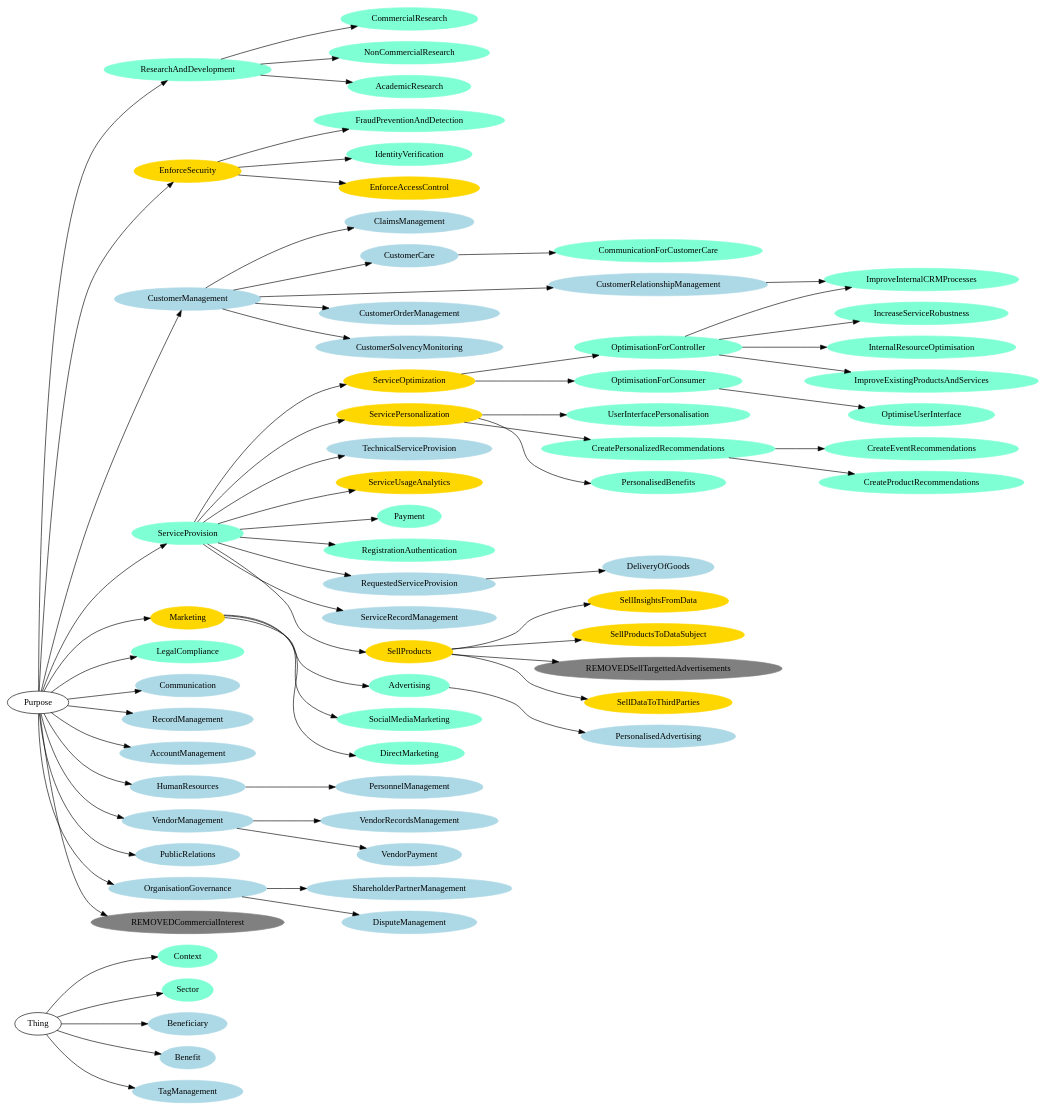
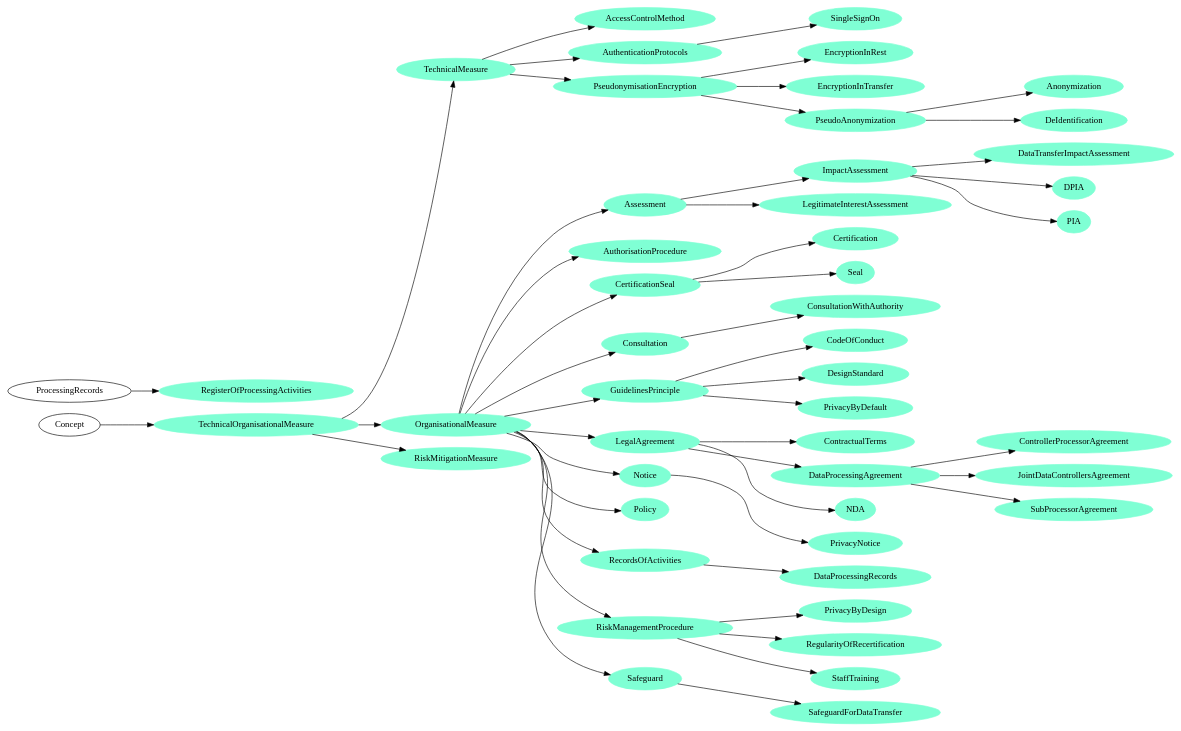
The diagram in dpv-purpose-diagram/graph.dot (coolharsh55/dpv-x), drawn with Graphviz before and after one commit. The commit also changed 54 other files, not shown here.

```diff
--- a/dpv-purpose-diagram/graph.dot
+++ b/dpv-purpose-diagram/graph.dot
@@ -1,134 +1,97 @@
-digraph G { rankdir = LR ;Context [color=aquamarine, style=filled] ;
-Sector [color=aquamarine, style=filled] ;
-Beneficiary [color=lightblue, style=filled] ;
-Benefit [color=lightblue, style=filled] ;
-AcademicResearch [color=aquamarine, style=filled] ;
-EnforceAccessControl [color=gold, style=filled] ;
-CommercialResearch [color=aquamarine, style=filled] ;
-CreateProductRecommendations [color=aquamarine, style=filled] ;
-CustomerCare [color=lightblue, style=filled] ;
-DeliveryOfGoods [color=lightblue, style=filled] ;
-FraudPreventionAndDetection [color=aquamarine, style=filled] ;
-IdentityVerification [color=aquamarine, style=filled] ;
-ImproveExistingProductsAndServices [color=aquamarine, style=filled] ;
-ImproveInternalCRMProcesses [color=aquamarine, style=filled] ;
-IncreaseServiceRobustness [color=aquamarine, style=filled] ;
-InternalResourceOptimisation [color=aquamarine, style=filled] ;
-NonCommercialResearch [color=aquamarine, style=filled] ;
-OptimisationForConsumer [color=aquamarine, style=filled] ;
-OptimisationForController [color=aquamarine, style=filled] ;
-OptimiseUserInterface [color=aquamarine, style=filled] ;
-PersonalisedBenefits [color=aquamarine, style=filled] ;
-RequestedServiceProvision [color=lightblue, style=filled] ;
-ServiceRecordManagement [color=lightblue, style=filled] ;
-ResearchAndDevelopment [color=aquamarine, style=filled] ;
-EnforceSecurity [color=gold, style=filled] ;
-SellProducts [color=gold, style=filled] ;
-SellDataToThirdParties [color=gold, style=filled] ;
-SellInsightsFromData [color=gold, style=filled] ;
-SellProductsToDataSubject [color=gold, style=filled] ;
-ServiceOptimization [color=gold, style=filled] ;
-ServicePersonalization [color=gold, style=filled] ;
-TechnicalServiceProvision [color=lightblue, style=filled] ;
-CreatePersonalizedRecommendations [color=aquamarine, style=filled] ;
-CreateEventRecommendations [color=aquamarine, style=filled] ;
-ServiceProvision [color=aquamarine, style=filled] ;
-UserInterfacePersonalisation [color=aquamarine, style=filled] ;
-Marketing [color=gold, style=filled] ;
-DirectMarketing [color=aquamarine, style=filled] ;
-Advertising [color=aquamarine, style=filled] ;
-PersonalisedAdvertising [color=lightblue, style=filled] ;
-ServiceUsageAnalytics [color=gold, style=filled] ;
-CommunicationForCustomerCare [color=aquamarine, style=filled] ;
-LegalCompliance [color=aquamarine, style=filled] ;
-Payment [color=aquamarine, style=filled] ;
-SocialMediaMarketing [color=aquamarine, style=filled] ;
-RegistrationAuthentication [color=aquamarine, style=filled] ;
-CustomerManagement [color=lightblue, style=filled] ;
-CustomerRelationshipManagement [color=lightblue, style=filled] ;
-Communication [color=lightblue, style=filled] ;
-RecordManagement [color=lightblue, style=filled] ;
-AccountManagement [color=lightblue, style=filled] ;
-HumanResources [color=lightblue, style=filled] ;
-PersonnelManagement [color=lightblue, style=filled] ;
-CustomerOrderManagement [color=lightblue, style=filled] ;
-CustomerSolvencyMonitoring [color=lightblue, style=filled] ;
-ClaimsManagement [color=lightblue, style=filled] ;
-VendorManagement [color=lightblue, style=filled] ;
-VendorRecordsManagement [color=lightblue, style=filled] ;
-VendorPayment [color=lightblue, style=filled] ;
-PublicRelations [color=lightblue, style=filled] ;
-OrganisationGovernance [color=lightblue, style=filled] ;
-ShareholderPartnerManagement [color=lightblue, style=filled] ;
-DisputeManagement [color=lightblue, style=filled] ;
-TagManagement [color=lightblue, style=filled] ;
-REMOVEDSellTargettedAdvertisements [color=gray, style=filled] ;
-REMOVEDCommercialInterest [color=gray, style=filled] ;
-"Thing" -> "Context" ;
-"Thing" -> "Sector" ;
-"Thing" -> "Beneficiary" ;
-"Thing" -> "Benefit" ;
-"ResearchAndDevelopment" -> "AcademicResearch" ;
-"EnforceSecurity" -> "EnforceAccessControl" ;
-"ResearchAndDevelopment" -> "CommercialResearch" ;
-"CreatePersonalizedRecommendations" -> "CreateProductRecommendations" ;
-"CustomerManagement" -> "CustomerCare" ;
-"RequestedServiceProvision" -> "DeliveryOfGoods" ;
-"EnforceSecurity" -> "FraudPreventionAndDetection" ;
-"EnforceSecurity" -> "IdentityVerification" ;
-"OptimisationForController" -> "ImproveExistingProductsAndServices" ;
-"OptimisationForController" -> "ImproveInternalCRMProcesses" ;
-"CustomerRelationshipManagement" -> "ImproveInternalCRMProcesses" ;
-"OptimisationForController" -> "IncreaseServiceRobustness" ;
-"OptimisationForController" -> "InternalResourceOptimisation" ;
-"ResearchAndDevelopment" -> "NonCommercialResearch" ;
-"ServiceOptimization" -> "OptimisationForConsumer" ;
-"ServiceOptimization" -> "OptimisationForController" ;
-"OptimisationForConsumer" -> "OptimiseUserInterface" ;
-"ServicePersonalization" -> "PersonalisedBenefits" ;
-"ServiceProvision" -> "RequestedServiceProvision" ;
-"ServiceProvision" -> "ServiceRecordManagement" ;
-"Purpose" -> "ResearchAndDevelopment" ;
-"Purpose" -> "EnforceSecurity" ;
-"ServiceProvision" -> "SellProducts" ;
-"SellProducts" -> "SellDataToThirdParties" ;
-"SellProducts" -> "SellInsightsFromData" ;
-"SellProducts" -> "SellProductsToDataSubject" ;
-"ServiceProvision" -> "ServiceOptimization" ;
-"ServiceProvision" -> "ServicePersonalization" ;
-"ServiceProvision" -> "TechnicalServiceProvision" ;
-"ServicePersonalization" -> "CreatePersonalizedRecommendations" ;
-"CreatePersonalizedRecommendations" -> "CreateEventRecommendations" ;
-"Purpose" -> "ServiceProvision" ;
-"ServicePersonalization" -> "UserInterfacePersonalisation" ;
-"Purpose" -> "Marketing" ;
-"Marketing" -> "DirectMarketing" ;
-"Marketing" -> "Advertising" ;
-"Advertising" -> "PersonalisedAdvertising" ;
-"ServiceProvision" -> "ServiceUsageAnalytics" ;
-"CustomerCare" -> "CommunicationForCustomerCare" ;
-"Purpose" -> "LegalCompliance" ;
-"ServiceProvision" -> "Payment" ;
-"Marketing" -> "SocialMediaMarketing" ;
-"ServiceProvision" -> "RegistrationAuthentication" ;
-"Purpose" -> "CustomerManagement" ;
-"CustomerManagement" -> "CustomerRelationshipManagement" ;
-"Purpose" -> "Communication" ;
-"Purpose" -> "RecordManagement" ;
-"Purpose" -> "AccountManagement" ;
-"Purpose" -> "HumanResources" ;
-"HumanResources" -> "PersonnelManagement" ;
-"CustomerManagement" -> "CustomerOrderManagement" ;
-"CustomerManagement" -> "CustomerSolvencyMonitoring" ;
-"CustomerManagement" -> "ClaimsManagement" ;
-"Purpose" -> "VendorManagement" ;
-"VendorManagement" -> "VendorRecordsManagement" ;
-"VendorManagement" -> "VendorPayment" ;
-"Purpose" -> "PublicRelations" ;
-"Purpose" -> "OrganisationGovernance" ;
-"OrganisationGovernance" -> "ShareholderPartnerManagement" ;
-"OrganisationGovernance" -> "DisputeManagement" ;
-"Thing" -> "TagManagement" ;
-"SellProducts" -> "REMOVEDSellTargettedAdvertisements" ;
-"Purpose" -> "REMOVEDCommercialInterest" ;
+digraph G { rankdir = LR ;TechnicalOrganisationalMeasure [color=aquamarine, style=filled] ;
+TechnicalMeasure [color=aquamarine, style=filled] ;
+OrganisationalMeasure [color=aquamarine, style=filled] ;
+AccessControlMethod [color=aquamarine, style=filled] ;
+Anonymization [color=aquamarine, style=filled] ;
+Assessment [color=aquamarine, style=filled] ;
+AuthenticationProtocols [color=aquamarine, style=filled] ;
+AuthorisationProcedure [color=aquamarine, style=filled] ;
+Certification [color=aquamarine, style=filled] ;
+CertificationSeal [color=aquamarine, style=filled] ;
+CodeOfConduct [color=aquamarine, style=filled] ;
+Consultation [color=aquamarine, style=filled] ;
+ConsultationWithAuthority [color=aquamarine, style=filled] ;
+ContractualTerms [color=aquamarine, style=filled] ;
+ControllerProcessorAgreement [color=aquamarine, style=filled] ;
+DataProcessingAgreement [color=aquamarine, style=filled] ;
+DataProcessingRecords [color=aquamarine, style=filled] ;
+DataTransferImpactAssessment [color=aquamarine, style=filled] ;
+DeIdentification [color=aquamarine, style=filled] ;
+DesignStandard [color=aquamarine, style=filled] ;
+DPIA [color=aquamarine, style=filled] ;
+EncryptionInRest [color=aquamarine, style=filled] ;
+EncryptionInTransfer [color=aquamarine, style=filled] ;
+GuidelinesPrinciple [color=aquamarine, style=filled] ;
+ImpactAssessment [color=aquamarine, style=filled] ;
+JointDataControllersAgreement [color=aquamarine, style=filled] ;
+LegalAgreement [color=aquamarine, style=filled] ;
+LegitimateInterestAssessment [color=aquamarine, style=filled] ;
+NDA [color=aquamarine, style=filled] ;
+Notice [color=aquamarine, style=filled] ;
+PIA [color=aquamarine, style=filled] ;
+Policy [color=aquamarine, style=filled] ;
+PrivacyByDefault [color=aquamarine, style=filled] ;
+PrivacyByDesign [color=aquamarine, style=filled] ;
+PrivacyNotice [color=aquamarine, style=filled] ;
+PseudoAnonymization [color=aquamarine, style=filled] ;
+PseudonymisationEncryption [color=aquamarine, style=filled] ;
+RecordsOfActivities [color=aquamarine, style=filled] ;
+RegisterOfProcessingActivities [color=aquamarine, style=filled] ;
+RegularityOfRecertification [color=aquamarine, style=filled] ;
+RiskManagementProcedure [color=aquamarine, style=filled] ;
+RiskMitigationMeasure [color=aquamarine, style=filled] ;
+Safeguard [color=aquamarine, style=filled] ;
+SafeguardForDataTransfer [color=aquamarine, style=filled] ;
+Seal [color=aquamarine, style=filled] ;
+SingleSignOn [color=aquamarine, style=filled] ;
+StaffTraining [color=aquamarine, style=filled] ;
+SubProcessorAgreement [color=aquamarine, style=filled] ;
+"Concept" -> "TechnicalOrganisationalMeasure" ;
+"TechnicalOrganisationalMeasure" -> "TechnicalMeasure" ;
+"TechnicalOrganisationalMeasure" -> "OrganisationalMeasure" ;
+"TechnicalMeasure" -> "AccessControlMethod" ;
+"PseudoAnonymization" -> "Anonymization" ;
+"OrganisationalMeasure" -> "Assessment" ;
+"TechnicalMeasure" -> "AuthenticationProtocols" ;
+"OrganisationalMeasure" -> "AuthorisationProcedure" ;
+"CertificationSeal" -> "Certification" ;
+"OrganisationalMeasure" -> "CertificationSeal" ;
+"GuidelinesPrinciple" -> "CodeOfConduct" ;
+"OrganisationalMeasure" -> "Consultation" ;
+"Consultation" -> "ConsultationWithAuthority" ;
+"LegalAgreement" -> "ContractualTerms" ;
+"DataProcessingAgreement" -> "ControllerProcessorAgreement" ;
+"LegalAgreement" -> "DataProcessingAgreement" ;
+"RecordsOfActivities" -> "DataProcessingRecords" ;
+"ImpactAssessment" -> "DataTransferImpactAssessment" ;
+"PseudoAnonymization" -> "DeIdentification" ;
+"GuidelinesPrinciple" -> "DesignStandard" ;
+"ImpactAssessment" -> "DPIA" ;
+"PseudonymisationEncryption" -> "EncryptionInRest" ;
+"PseudonymisationEncryption" -> "EncryptionInTransfer" ;
+"OrganisationalMeasure" -> "GuidelinesPrinciple" ;
+"Assessment" -> "ImpactAssessment" ;
+"DataProcessingAgreement" -> "JointDataControllersAgreement" ;
+"OrganisationalMeasure" -> "LegalAgreement" ;
+"Assessment" -> "LegitimateInterestAssessment" ;
+"LegalAgreement" -> "NDA" ;
+"OrganisationalMeasure" -> "Notice" ;
+"ImpactAssessment" -> "PIA" ;
+"OrganisationalMeasure" -> "Policy" ;
+"GuidelinesPrinciple" -> "PrivacyByDefault" ;
+"RiskManagementProcedure" -> "PrivacyByDesign" ;
+"Notice" -> "PrivacyNotice" ;
+"PseudonymisationEncryption" -> "PseudoAnonymization" ;
+"TechnicalMeasure" -> "PseudonymisationEncryption" ;
+"OrganisationalMeasure" -> "RecordsOfActivities" ;
+"ProcessingRecords" -> "RegisterOfProcessingActivities" ;
+"RiskManagementProcedure" -> "RegularityOfRecertification" ;
+"OrganisationalMeasure" -> "RiskManagementProcedure" ;
+"TechnicalOrganisationalMeasure" -> "RiskMitigationMeasure" ;
+"OrganisationalMeasure" -> "Safeguard" ;
+"Safeguard" -> "SafeguardForDataTransfer" ;
+"CertificationSeal" -> "Seal" ;
+"AuthenticationProtocols" -> "SingleSignOn" ;
+"RiskManagementProcedure" -> "StaffTraining" ;
+"DataProcessingAgreement" -> "SubProcessorAgreement" ;
 }
```
